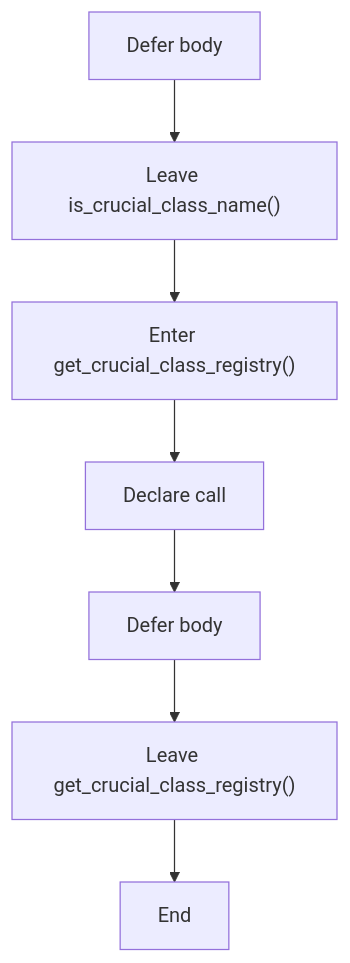
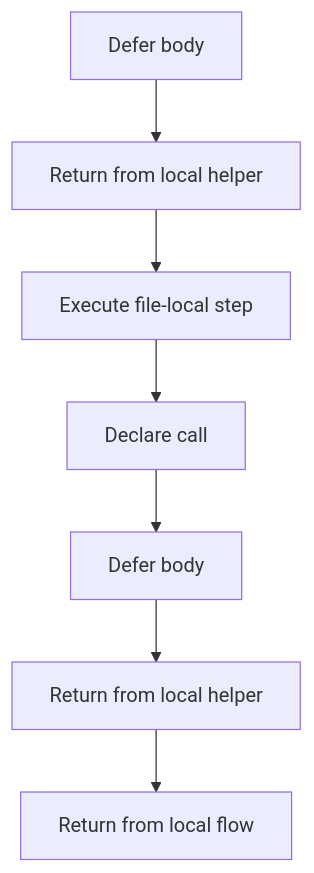
The third of 9 diagrams in docs/Codebase/Microservice/Modules/Header/SyntacticBrokenAST/Analysis/Lexical/lexical_structure_hooks.hpp.md (JohnAndrewBalbarosa/NeoTerritory), drawn with Mermaid before and after one commit. The commit also changed other lines of this file and 925 other files, not shown here.

````diff
--- a/docs/Codebase/Microservice/Modules/Header/SyntacticBrokenAST/Analysis/Lexical/lexical_structure_hooks.hpp.md
+++ b/docs/Codebase/Microservice/Modules/Header/SyntacticBrokenAST/Analysis/Lexical/lexical_structure_hooks.hpp.md
@@ -82,16 +81,16 @@
 ```mermaid
 flowchart TD
     N0["Defer body"]
-    N1["Leave is_crucial_class_name()"]
-    N2["Enter get_crucial_class_registry()"]
+    N1["Return from local helper"]
+    N2["Execute file-local step"]
     N3["Declare call"]
     N4["Defer body"]
-    N5["Leave get_crucial_class_registry()"]
-    N6["End"]
+    N5["Return from local helper"]
+    N6["Return from local flow"]
     N0 --> N1
     N1 --> N2
     N2 --> N3
     N3 --> N4
     N4 --> N5
     N5 --> N6
 ```
````
